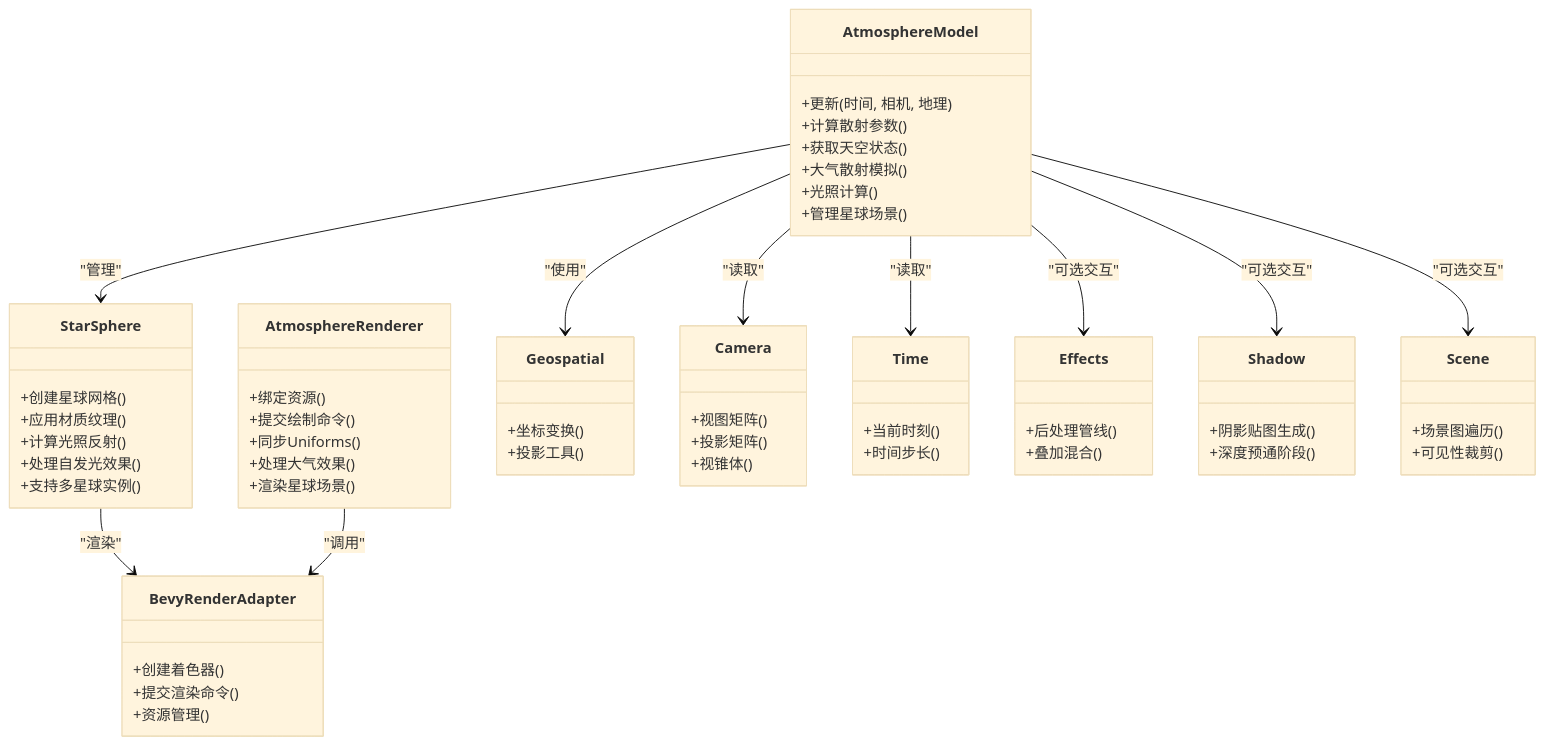
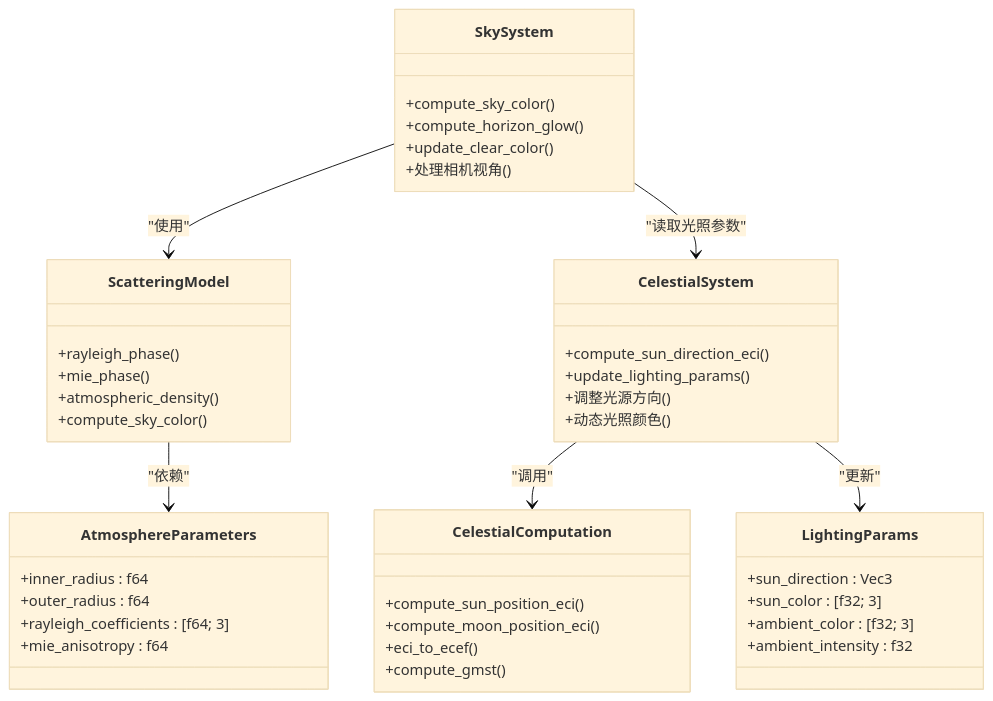
The second of 6 diagrams in .qoder/repowiki/zh/content/项目概述/核心特性/大气系统.md (rzhangjing/cesium), drawn with Mermaid (base theme) before and after one commit. The commit also changed other lines of this file and 57 other files, not shown here.

````diff
--- a/.qoder/repowiki/zh/content/项目概述/核心特性/大气系统.md
+++ b/.qoder/repowiki/zh/content/项目概述/核心特性/大气系统.md
@@ -103,64 +102,44 @@
 ```mermaid
 classDiagram
-class AtmosphereModel {
-+更新(时间, 相机, 地理)
-+计算散射参数()
-+获取天空状态()
-+大气散射模拟()
-+光照计算()
-+管理星球场景()
+class SkySystem {
++compute_sky_color()
++compute_horizon_glow()
++update_clear_color()
++处理相机视角()
 }
-class StarSphere {
-+创建星球网格()
-+应用材质纹理()
-+计算光照反射()
-+处理自发光效果()
-+支持多星球实例()
+class CelestialSystem {
++compute_sun_direction_eci()
++update_lighting_params()
++调整光源方向()
++动态光照颜色()
 }
-class AtmosphereRenderer {
-+绑定资源()
-+提交绘制命令()
-+同步Uniforms()
-+处理大气效果()
-+渲染星球场景()
+class ScatteringModel {
++rayleigh_phase()
++mie_phase()
++atmospheric_density()
++compute_sky_color()
 }
-class Geospatial {
-+坐标变换()
-+投影工具()
+class CelestialComputation {
++compute_sun_position_eci()
++compute_moon_position_eci()
++eci_to_ecef()
++compute_gmst()
 }
-class Camera {
-+视图矩阵()
-+投影矩阵()
-+视锥体()
+class AtmosphereParameters {
++inner_radius : f64
++outer_radius : f64
++rayleigh_coefficients : [f64; 3]
++mie_anisotropy : f64
 }
-class Time {
-+当前时刻()
-+时间步长()
+class LightingParams {
++sun_direction : Vec3
++sun_color : [f32; 3]
++ambient_color : [f32; 3]
++ambient_intensity : f32
 }
-class Effects {
-+后处理管线()
-+叠加混合()
-}
-class Shadow {
-+阴影贴图生成()
-+深度预通阶段()
-}
-class Scene {
-+场景图遍历()
-+可见性裁剪()
-}
-class BevyRenderAdapter {
-+创建着色器()
-+提交渲染命令()
-+资源管理()
-}
-AtmosphereModel --> Geospatial : "使用"
-AtmosphereModel --> Camera : "读取"
-AtmosphereModel --> Time : "读取"
-AtmosphereModel --> Effects : "可选交互"
-AtmosphereModel --> Shadow : "可选交互"
-AtmosphereModel --> Scene : "可选交互"
-AtmosphereModel --> StarSphere : "管理"
-StarSphere --> BevyRenderAdapter : "渲染"
-AtmosphereRenderer --> BevyRenderAdapter : "调用"
+SkySystem --> ScatteringModel : "使用"
+SkySystem --> CelestialSystem : "读取光照参数"
+CelestialSystem --> CelestialComputation : "调用"
+ScatteringModel --> AtmosphereParameters : "依赖"
+CelestialSystem --> LightingParams : "更新"
 ```
````
